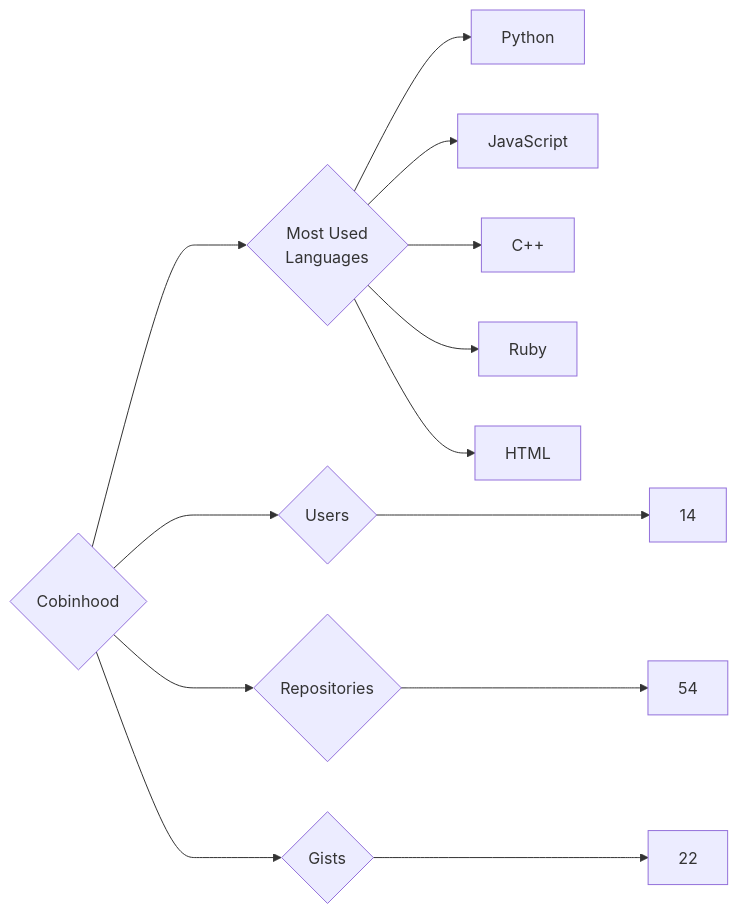
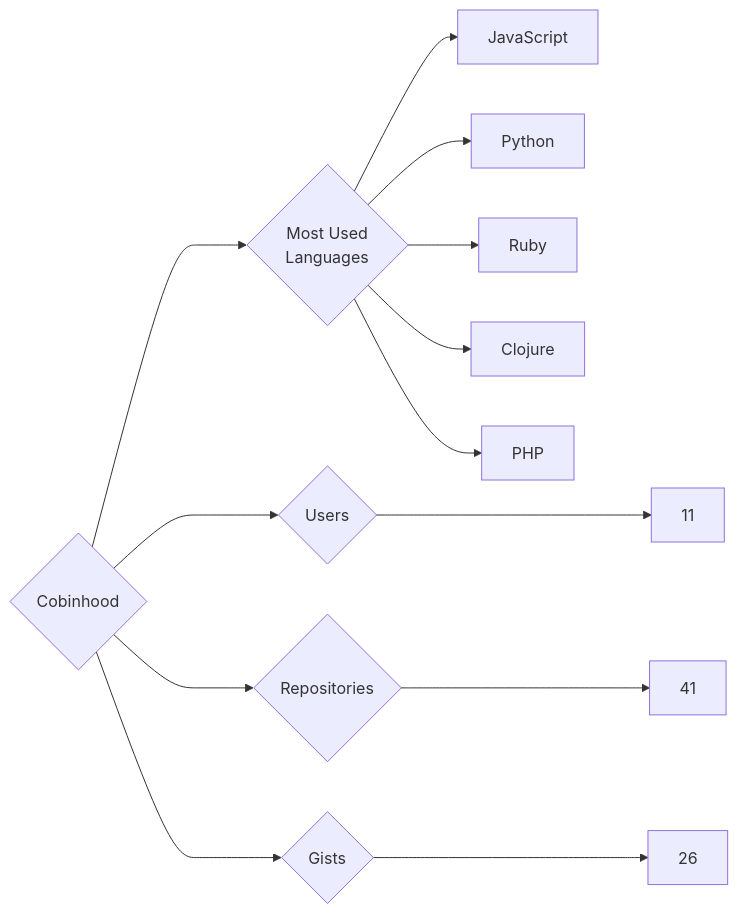
Before and after one commit to trickest/insiders: the diagram in targets/Cobinhood/README.md, drawn with Mermaid. The commit also changed 1149 other files, not shown here.

````diff
--- a/targets/Cobinhood/README.md
+++ b/targets/Cobinhood/README.md
@@ -3,13 +3,13 @@
 ```mermaid
 graph LR
 COMPANY_NAME{Cobinhood}
-COMPANY_NAME ---> U{Users} ---> UN[14]
-COMPANY_NAME ---> R{Repositories} ---> RN[54]
-COMPANY_NAME ---> G{Gists} ---> GN[22]
+COMPANY_NAME ---> U{Users} ---> UN[11]
+COMPANY_NAME ---> R{Repositories} ---> RN[41]
+COMPANY_NAME ---> G{Gists} ---> GN[26]
 COMPANY_NAME ---> ML{Most Used<br>Languages}
+ML --> JavaScript[JavaScript]
 ML --> Python[Python]
-ML --> JavaScript[JavaScript]
-ML --> C++[C++]
 ML --> Ruby[Ruby]
-ML --> HTML[HTML]
+ML --> Clojure[Clojure]
+ML --> PHP[PHP]
 ```
````
